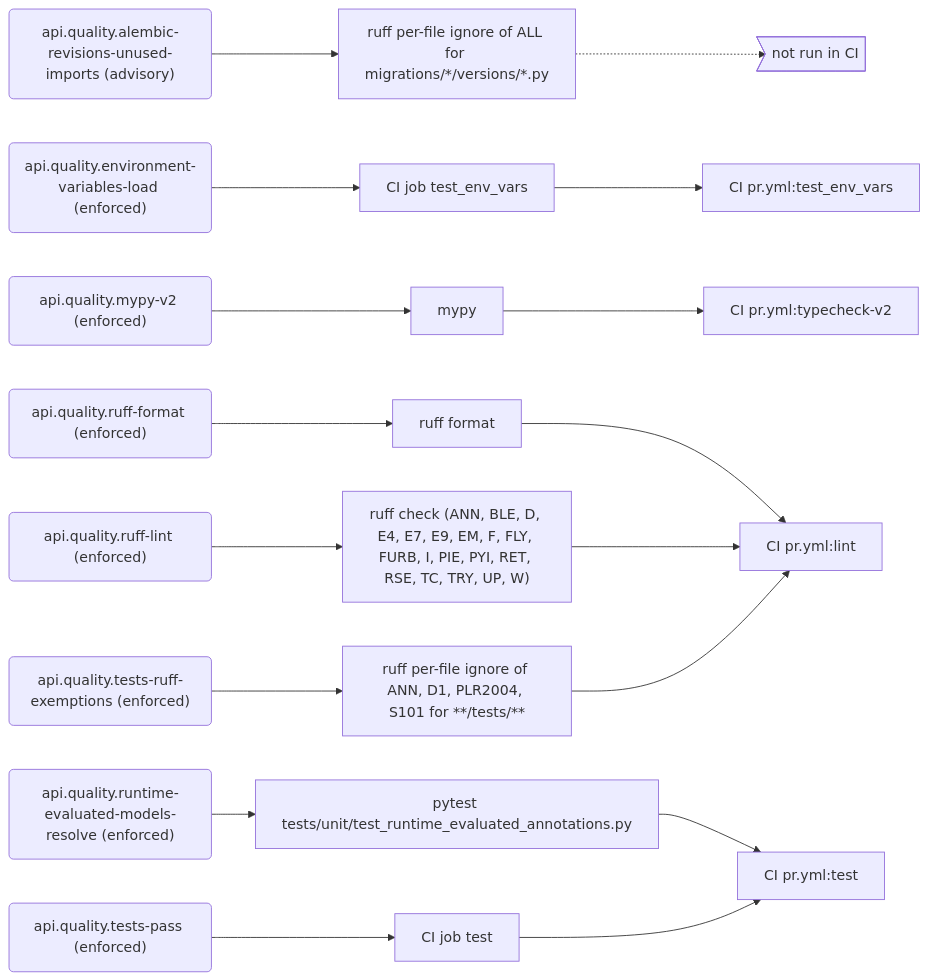
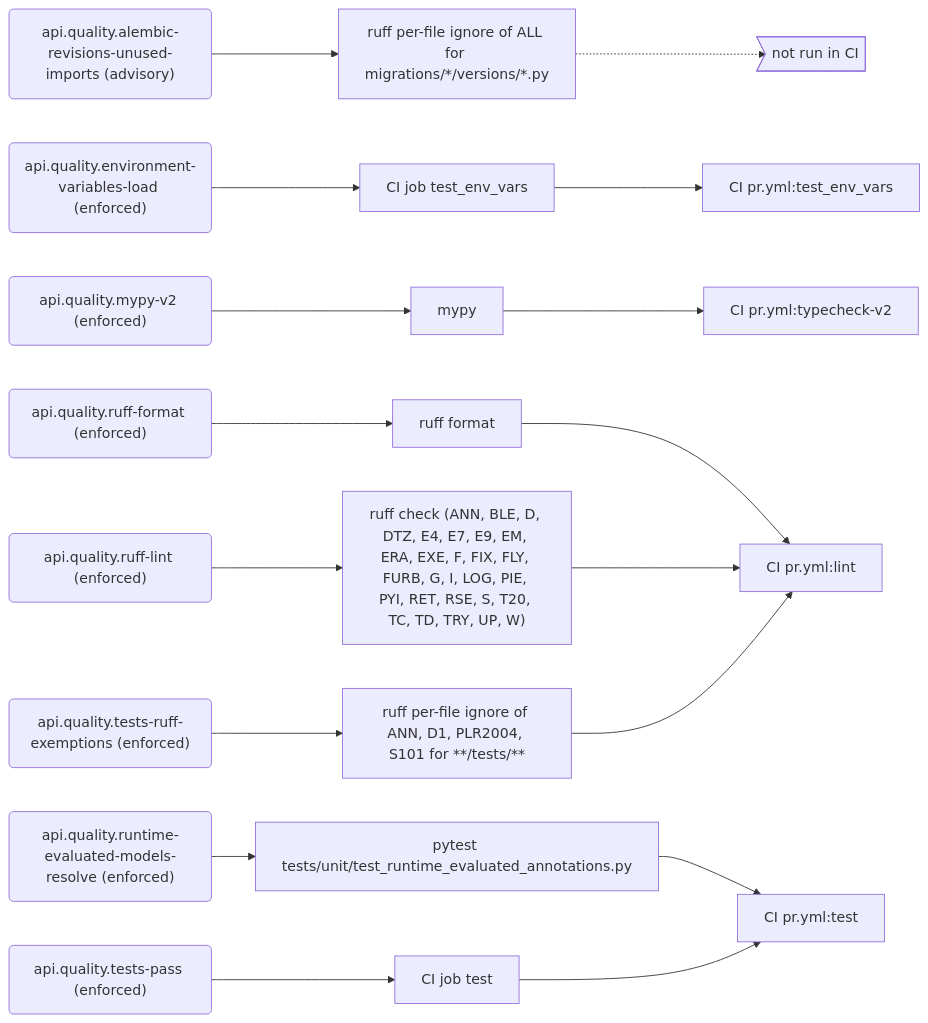
One commit to PolicyEngine/policyengine-api changed the sixth of 9 diagrams in docs/generated/rules.md. Above: the diagram before and after it, drawn with Mermaid. The commit also changed other lines of this file and 4 other files, not shown here.

First line of the commit message:
Register group 6 in the ruff-lint rule

````diff
--- a/docs/generated/rules.md
+++ b/docs/generated/rules.md
@@ -280,40 +280,40 @@
 ```mermaid
 flowchart LR
   r_api_quality_alembic_revisions_unused_imports("api.quality.alembic-revisions-unused-imports (advisory)")
   e_ruff_per_file_ignore_of_ALL_for_migrations___versions___py["ruff per-file ignore of ALL for migrations/*/versions/*.py"]
   local_only>"not run in CI"]
   r_api_quality_environment_variables_load("api.quality.environment-variables-load (enforced)")
   e_CI_job_test_env_vars["CI job test_env_vars"]
   j_CI_pr_yml_test_env_vars["CI pr.yml:test_env_vars"]
   r_api_quality_mypy_v2("api.quality.mypy-v2 (enforced)")
   e_mypy["mypy"]
   j_CI_pr_yml_typecheck_v2["CI pr.yml:typecheck-v2"]
   r_api_quality_ruff_format("api.quality.ruff-format (enforced)")
   e_ruff_format["ruff format"]
   j_CI_pr_yml_lint["CI pr.yml:lint"]
   r_api_quality_ruff_lint("api.quality.ruff-lint (enforced)")
-  e_ruff_check__ANN__BLE__D__E4__E7__E9__EM__F__FLY__FURB__I__PIE__PYI__RET__RSE__TC__TRY__UP__W_["ruff check (ANN, BLE, D, E4, E7, E9, EM, F, FLY, FURB, I, PIE, PYI, RET, RSE, TC, TRY, UP, W)"]
+  e_ruff_check__ANN__BLE__D__DTZ__E4__E7__E9__EM__ERA__EXE__F__FIX__FLY__FURB__G__I__LOG__PIE__PYI__RET__RSE__S__T20__TC__TD__TRY__UP__W_["ruff check (ANN, BLE, D, DTZ, E4, E7, E9, EM, ERA, EXE, F, FIX, FLY, FURB, G, I, LOG, PIE, PYI, RET, RSE, S, T20, TC, TD, TRY, UP, W)"]
   r_api_quality_runtime_evaluated_models_resolve("api.quality.runtime-evaluated-models-resolve (enforced)")
   e_pytest_tests_unit_test_runtime_evaluated_annotations_py["pytest tests/unit/test_runtime_evaluated_annotations.py"]
   j_CI_pr_yml_test["CI pr.yml:test"]
   r_api_quality_tests_pass("api.quality.tests-pass (enforced)")
   e_CI_job_test["CI job test"]
   r_api_quality_tests_ruff_exemptions("api.quality.tests-ruff-exemptions (enforced)")
   e_ruff_per_file_ignore_of_ANN__D1__PLR2004__S101_for____tests___["ruff per-file ignore of ANN, D1, PLR2004, S101 for **/tests/**"]
   r_api_quality_alembic_revisions_unused_imports --> e_ruff_per_file_ignore_of_ALL_for_migrations___versions___py
   e_ruff_per_file_ignore_of_ALL_for_migrations___versions___py -.-> local_only
   r_api_quality_environment_variables_load --> e_CI_job_test_env_vars
   e_CI_job_test_env_vars --> j_CI_pr_yml_test_env_vars
   r_api_quality_mypy_v2 --> e_mypy
   e_mypy --> j_CI_pr_yml_typecheck_v2
   r_api_quality_ruff_format --> e_ruff_format
   e_ruff_format --> j_CI_pr_yml_lint
-  r_api_quality_ruff_lint --> e_ruff_check__ANN__BLE__D__E4__E7__E9__EM__F__FLY__FURB__I__PIE__PYI__RET__RSE__TC__TRY__UP__W_
-  e_ruff_check__ANN__BLE__D__E4__E7__E9__EM__F__FLY__FURB__I__PIE__PYI__RET__RSE__TC__TRY__UP__W_ --> j_CI_pr_yml_lint
+  r_api_quality_ruff_lint --> e_ruff_check__ANN__BLE__D__DTZ__E4__E7__E9__EM__ERA__EXE__F__FIX__FLY__FURB__G__I__LOG__PIE__PYI__RET__RSE__S__T20__TC__TD__TRY__UP__W_
+  e_ruff_check__ANN__BLE__D__DTZ__E4__E7__E9__EM__ERA__EXE__F__FIX__FLY__FURB__G__I__LOG__PIE__PYI__RET__RSE__S__T20__TC__TD__TRY__UP__W_ --> j_CI_pr_yml_lint
   r_api_quality_runtime_evaluated_models_resolve --> e_pytest_tests_unit_test_runtime_evaluated_annotations_py
   e_pytest_tests_unit_test_runtime_evaluated_annotations_py --> j_CI_pr_yml_test
   r_api_quality_tests_pass --> e_CI_job_test
   e_CI_job_test --> j_CI_pr_yml_test
   r_api_quality_tests_ruff_exemptions --> e_ruff_per_file_ignore_of_ANN__D1__PLR2004__S101_for____tests___
   e_ruff_per_file_ignore_of_ANN__D1__PLR2004__S101_for____tests___ --> j_CI_pr_yml_lint
 ```
````
